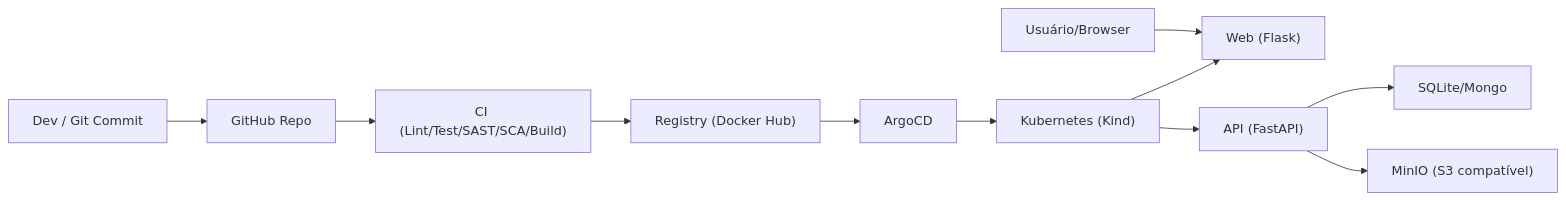
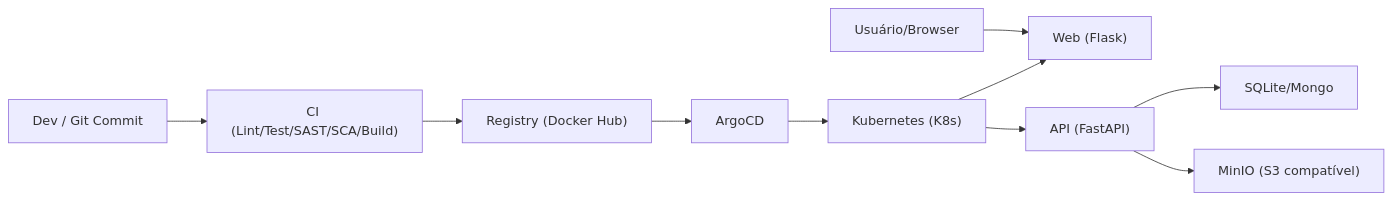
One commit to DavidFerreira21/lab-plataform-engineering changed the first of 3 diagrams in README.md. Above: the diagram before and after it, drawn with Mermaid.

````diff
--- a/README.md
+++ b/README.md
@@ -54,14 +54,13 @@
 ```mermaid
 %%{init: {"themeVariables": {"fontSize": "16px"}}}%%
 flowchart LR
-  Dev["Dev / Git Commit"] --> GH["GitHub Repo"]
-  GH --> CI["CI (Lint/Test/SAST/SCA/Build)"]
+  Dev["Dev / Git Commit"] --> CI["CI (Lint/Test/SAST/SCA/Build)"]
   CI --> Registry["Registry (Docker Hub)"]
   Registry --> Argo["ArgoCD"]
-  Argo --> K8s["Kubernetes (Kind)"]
+  Argo --> K8s["Kubernetes (K8s)"]
   K8s --> Web["Web (Flask)"]
   K8s --> API["API (FastAPI)"]
   API --> DB["SQLite/Mongo"]
   API --> S3["MinIO (S3 compatível)"]
   User["Usuário/Browser"] --> Web
 ```
````
